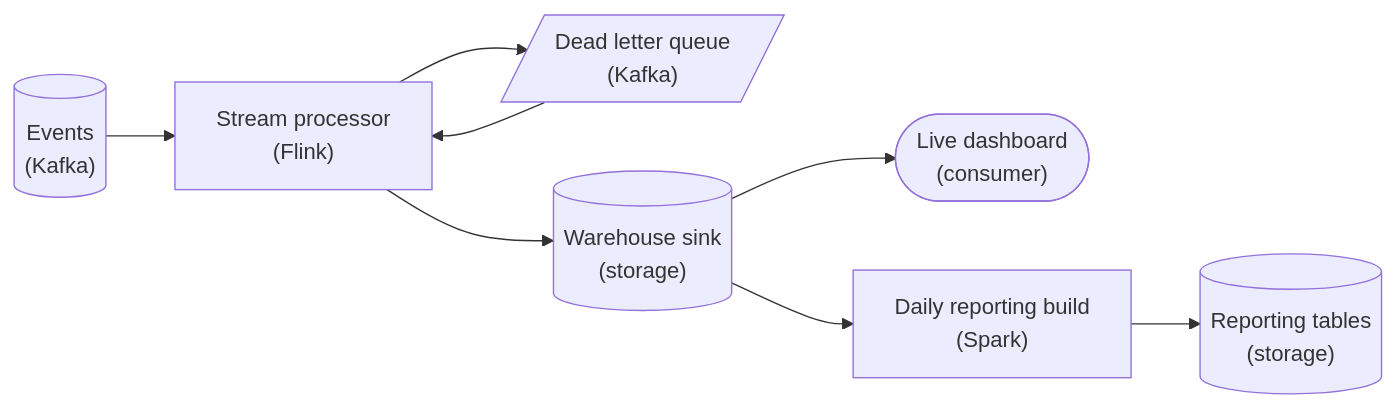
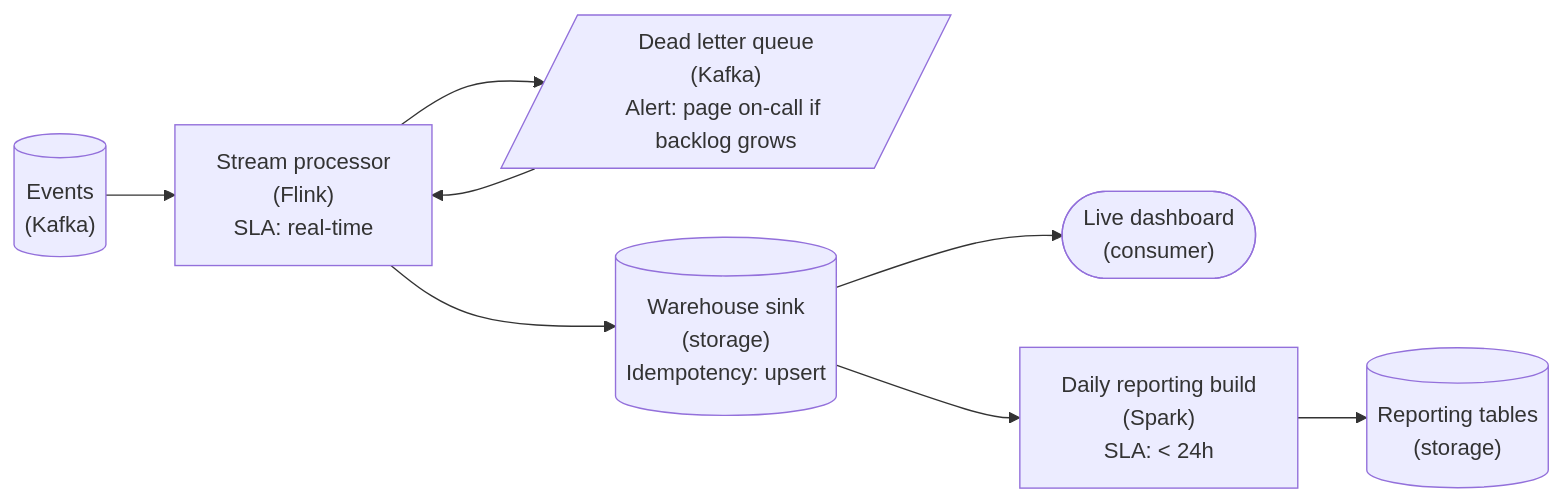
The fourth of 4 diagrams in lesson_preview/interview/architecture/pipeline_how_data_moves_advanced.md (Dulain-Willis/study-helper), drawn with Mermaid before and after one commit. The commit also changed other lines of this file and 26 other files, not shown here.

First line of the commit message:
Mermaid diagrams: show tags and extra values inside each node (#43)

````diff
--- a/lesson_preview/interview/architecture/pipeline_how_data_moves_advanced.md
+++ b/lesson_preview/interview/architecture/pipeline_how_data_moves_advanced.md
@@ -693,17 +693,17 @@
 ```mermaid
 flowchart LR
     n0[("Events<br/>(Kafka)")]
-    n1["Stream processor<br/>(Flink)"]
-    n2[/"Dead letter queue<br/>(Kafka)"/]
-    n3[("Warehouse sink<br/>(storage)")]
+    n1["Stream processor<br/>(Flink)<br/>SLA: real-time"]
+    n2[/"Dead letter queue<br/>(Kafka)<br/>Alert: page on-call if backlog grows"/]
+    n3[("Warehouse sink<br/>(storage)<br/>Idempotency: upsert")]
     n4(["Live dashboard<br/>(consumer)"])
-    n5["Daily reporting build<br/>(Spark)"]
+    n5["Daily reporting build<br/>(Spark)<br/>SLA: #60; 24h"]
     n6[("Reporting tables<br/>(storage)")]
     n0 --> n1
     n1 --> n2
     n2 --> n1
     n1 --> n3
     n3 --> n4
     n3 --> n5
     n5 --> n6
 ```
````
